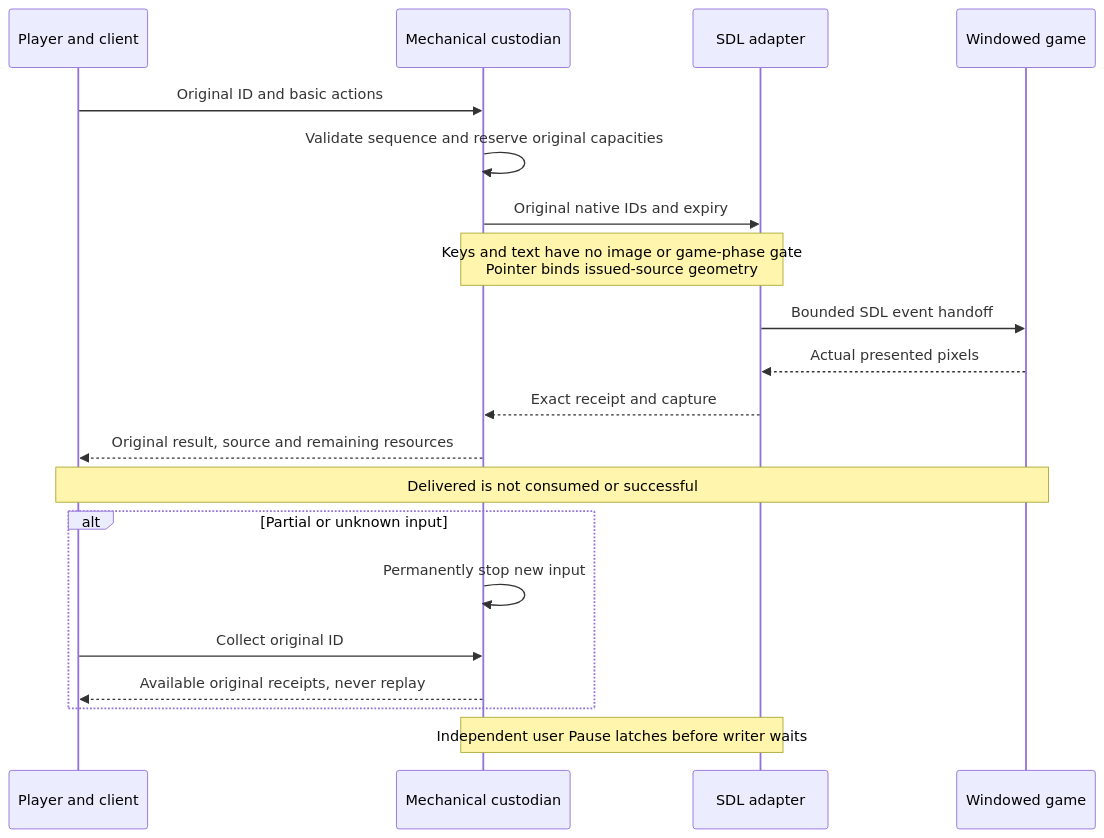
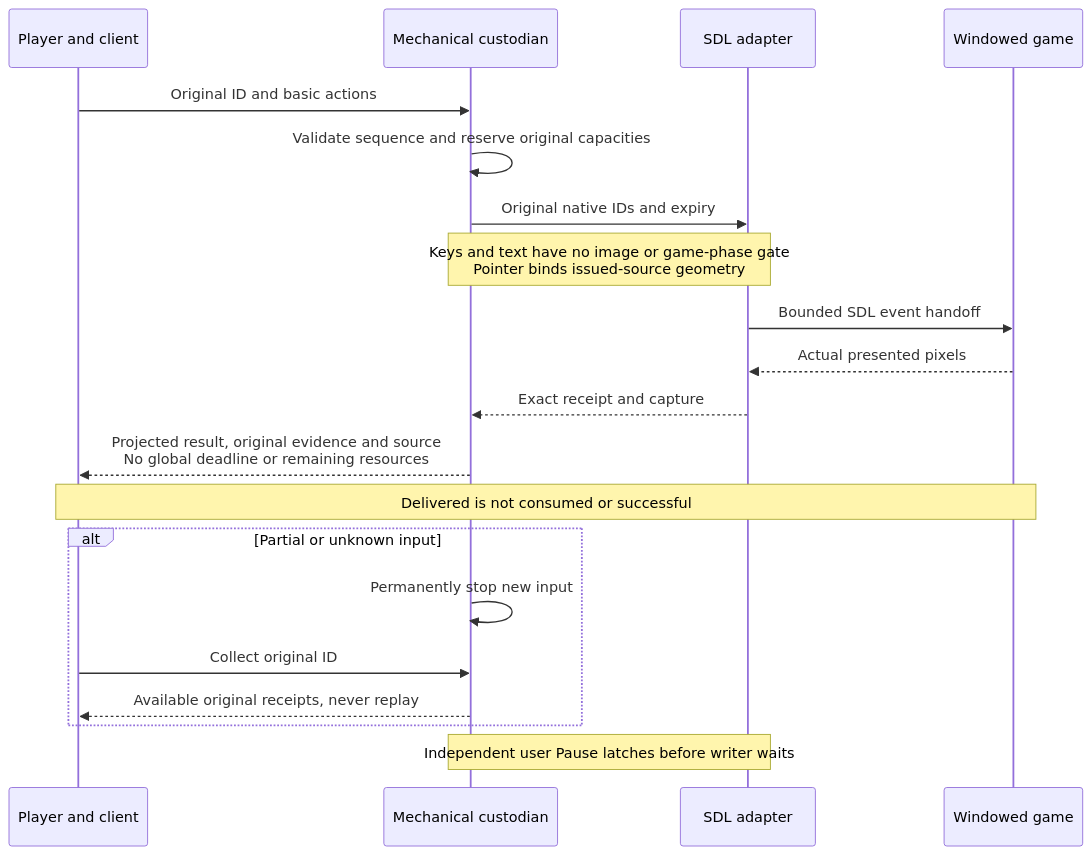
One commit to CVX-Hull/enactive changed the diagram in docs/diagrams/action.mmd. Above: the diagram before and after it, drawn with Mermaid. The commit also changed 70 other files, not shown here.

```diff
--- a/docs/diagrams/action.mmd
+++ b/docs/diagrams/action.mmd
@@ -1,22 +1,22 @@
 sequenceDiagram
   accTitle: Current basic input and original collection
   accDescr: The client assigns an original ID before HTTP submission. One writer validates the complete basic sequence and reserves original capacities. The adapter hands SDL events to the game and captures actual pixels. Delivery is not game success. Unknown or partial input permanently stops further input; collection preserves original IDs without replay. Pause bypasses the writer.
   participant P as Player and client
   participant C as Mechanical custodian
   participant N as SDL adapter
   participant G as Windowed game
   P->>C: Original ID and basic actions
   C->>C: Validate sequence and reserve original capacities
   C->>N: Original native IDs and expiry
   Note over C,N: Keys and text have no image or game-phase gate<br/>Pointer binds issued-source geometry
   N->>G: Bounded SDL event handoff
   G-->>N: Actual presented pixels
   N-->>C: Exact receipt and capture
-  C-->>P: Original result, source and remaining resources
+  C-->>P: Projected result, original evidence and source<br/>No global deadline or remaining resources
   Note over P,G: Delivered is not consumed or successful
   alt Partial or unknown input
     C->>C: Permanently stop new input
     P->>C: Collect original ID
     C-->>P: Available original receipts, never replay
   end
   Note over C,N: Independent user Pause latches before writer waits
```
